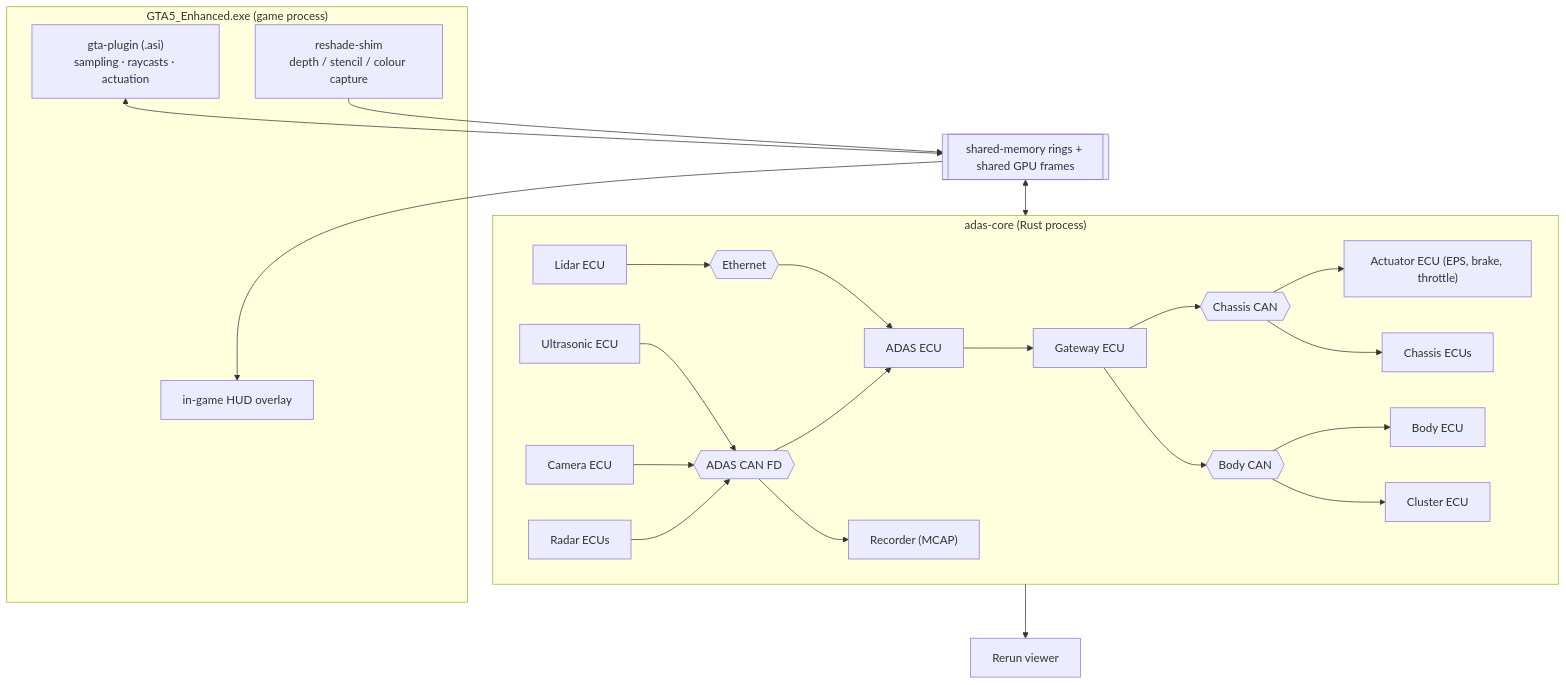
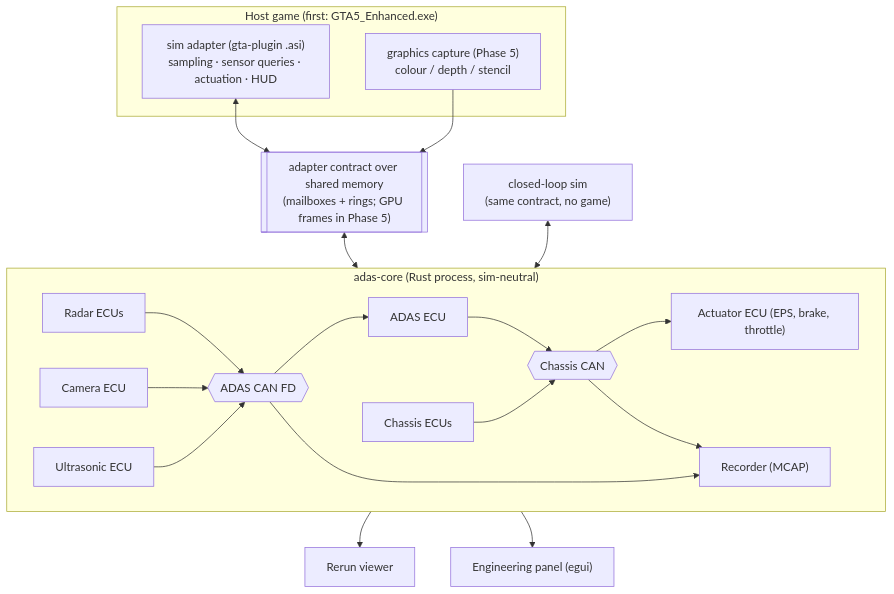
One commit to iRecycled/GTA-5-Autopilot changed the diagram in docs/PRD.md. Above: the diagram before and after it, drawn with Mermaid. The commit also changed other lines of this file and 3 other files, not shown here.

````diff
--- a/docs/PRD.md
+++ b/docs/PRD.md
@@ -84,46 +87,36 @@
 ```mermaid
 flowchart TB
-  subgraph game["GTA5_Enhanced.exe (game process)"]
-    plugin["gta-plugin (.asi)<br>sampling · raycasts · actuation"]
-    gfx["reshade-shim<br>depth / stencil / colour capture"]
-    overlay["in-game HUD overlay"]
+  subgraph game["Host game (first: GTA5_Enhanced.exe)"]
+    adapter["sim adapter (gta-plugin .asi)<br>sampling · sensor queries · actuation · HUD"]
+    gfx["graphics capture (Phase 5)<br>colour / depth / stencil"]
   end
-  shm[["shared-memory rings + shared GPU frames"]]
-  plugin <--> shm
+  shm[["adapter contract over shared memory<br>(mailboxes + rings; GPU frames in Phase 5)"]]
+  adapter <--> shm
   gfx --> shm
-  shm --> overlay
-  subgraph core["adas-core (Rust process)"]
+  subgraph core["adas-core (Rust process, sim-neutral)"]
     radar["Radar ECUs"]
     cam["Camera ECU"]
     us["Ultrasonic ECU"]
-    lidar["Lidar ECU"]
     adascan{{"ADAS CAN FD"}}
-    eth{{"Ethernet"}}
     adas["ADAS ECU"]
-    gw["Gateway ECU"]
-    rec["Recorder (MCAP)"]
     chassis{{"Chassis CAN"}}
-    body{{"Body CAN"}}
     act["Actuator ECU (EPS, brake, throttle)"]
     chs["Chassis ECUs"]
-    bodye["Body ECU"]
-    cluster["Cluster ECU"]
+    rec["Recorder (MCAP)"]
     radar --> adascan
     cam --> adascan
     us --> adascan
-    lidar --> eth
     adascan --> adas
-    eth --> adas
+    adas --> chassis
+    chassis --> act
+    chs --> chassis
     adascan --> rec
-    adas --> gw
-    gw --> chassis
-    gw --> body
-    chassis --> act
-    chassis --> chs
-    body --> bodye
-    body --> cluster
+    chassis --> rec
   end
   shm <--> core
+  sim["closed-loop sim<br>(same contract, no game)"] <--> core
   rerun["Rerun viewer"]
+  ui["Engineering panel (egui)"]
   core --> rerun
+  core --> ui
 ```
````
